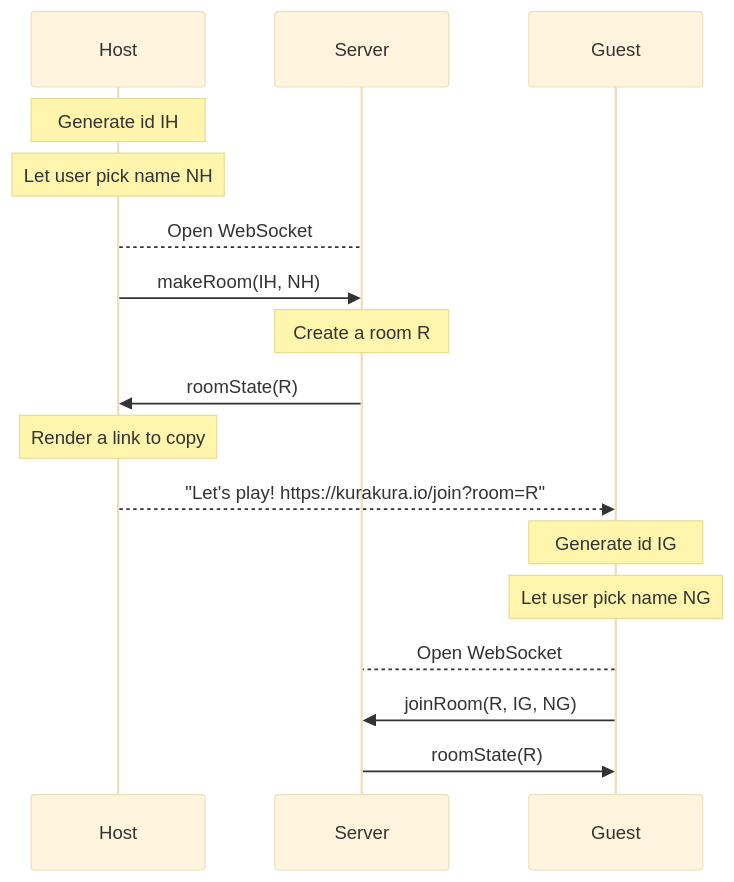
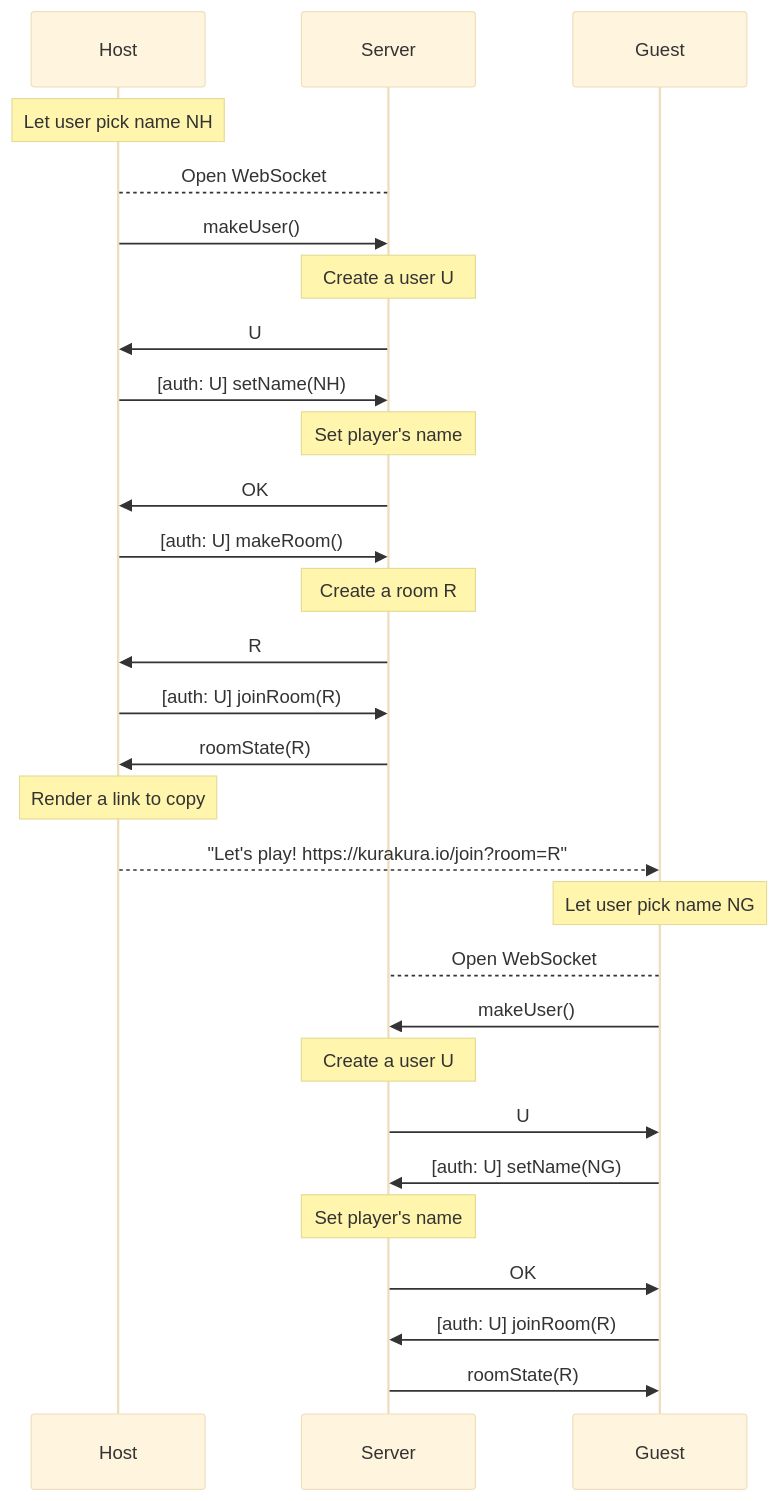
One commit to acotis/KuraKura changed the first of 2 diagrams in spec.md. Above: the diagram before and after it, drawn with Mermaid (base theme). The commit also changed 2 other files, not shown here.

Commit message:
Updated sequence diagram.

````diff
--- a/spec.md
+++ b/spec.md
@@ -21,16 +21,28 @@
 ```mermaid
 sequenceDiagram
-Note over Host: Generate id IH
 Note over Host: Let user pick name NH
 Host --> Server: Open WebSocket
-Host ->> Server: makeRoom(IH, NH)
+Host ->> Server: makeUser()
+Note over Server: Create a user U
+Server ->> Host: U
+Host ->> Server: [auth: U] setName(NH)
+Note over Server: Set player's name
+Server ->> Host: OK
+Host ->> Server: [auth: U] makeRoom()
 Note over Server: Create a room R
+Server ->> Host: R
+Host ->> Server: [auth: U] joinRoom(R)
 Server ->> Host: roomState(R)
 Note over Host: Render a link to copy
 Host -->> Guest: "Let's play! https://kurakura.io/join?room=R"
-Note over Guest: Generate id IG
 Note over Guest: Let user pick name NG
 Guest --> Server: Open WebSocket
-Guest ->> Server: joinRoom(R, IG, NG)
+Guest ->> Server: makeUser()
+Note over Server: Create a user U
+Server ->> Guest: U
+Guest ->> Server: [auth: U] setName(NG)
+Note over Server: Set player's name
+Server ->> Guest: OK
+Guest ->> Server: [auth: U] joinRoom(R)
 Server ->> Guest: roomState(R)
 ```
````
